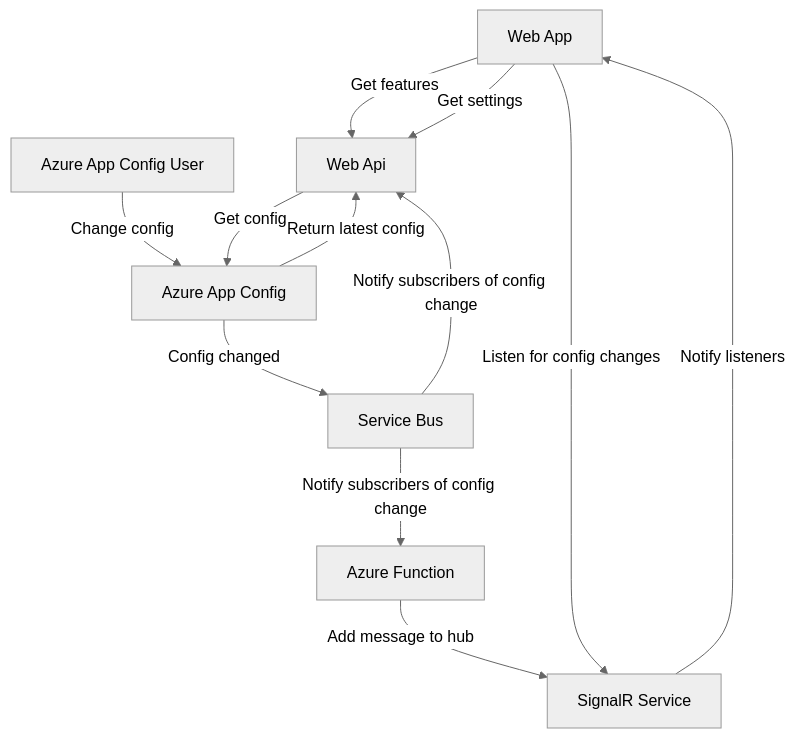
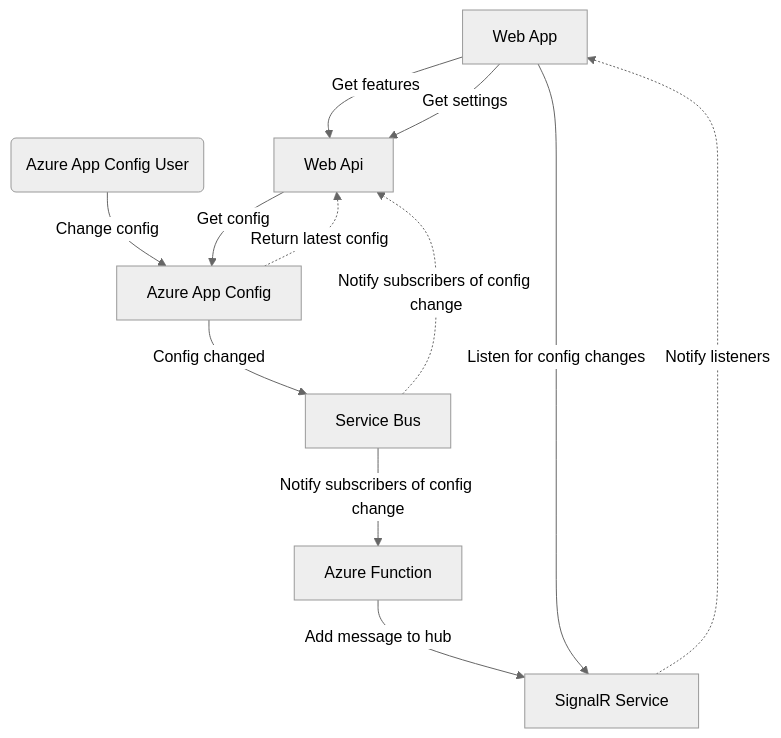
One commit to esteimanuel/AzureAppConfiguration changed the second of 2 diagrams in README.md. Above: the diagram before and after it, drawn with Mermaid (neutral theme).

Commit message:
cleanup push model diagram

````diff
--- a/README.md
+++ b/README.md
@@ -39,21 +39,21 @@
 ``` mermaid
 graph TD
     webapp[Web App]
     webapi[Web Api]
     appc[Azure App Config]
     sb[Service Bus]
-    appcu[Azure App Config User]
+    appcu(Azure App Config User)
     azfun[Azure Function]
     sigr[SignalR Service]
     webapp -->|Get features| webapi
     webapp -->|Get settings| webapi
     appcu -->|Change config| appc
     webapi -->|Get config| appc
-    appc -->|Return latest config| webapi
+    appc .->|Return latest config| webapi
     appc -->|Config changed| sb
-    sb -->|Notify subscribers of config change| webapi
+    sb .->|Notify subscribers of config change| webapi
     sb -->|Notify subscribers of config change| azfun
     azfun -->|Add message to hub| sigr
-    sigr -->|Notify listeners| webapp
+    sigr .->|Notify listeners| webapp
     webapp -->|Listen for config changes| sigr
 ```
````
